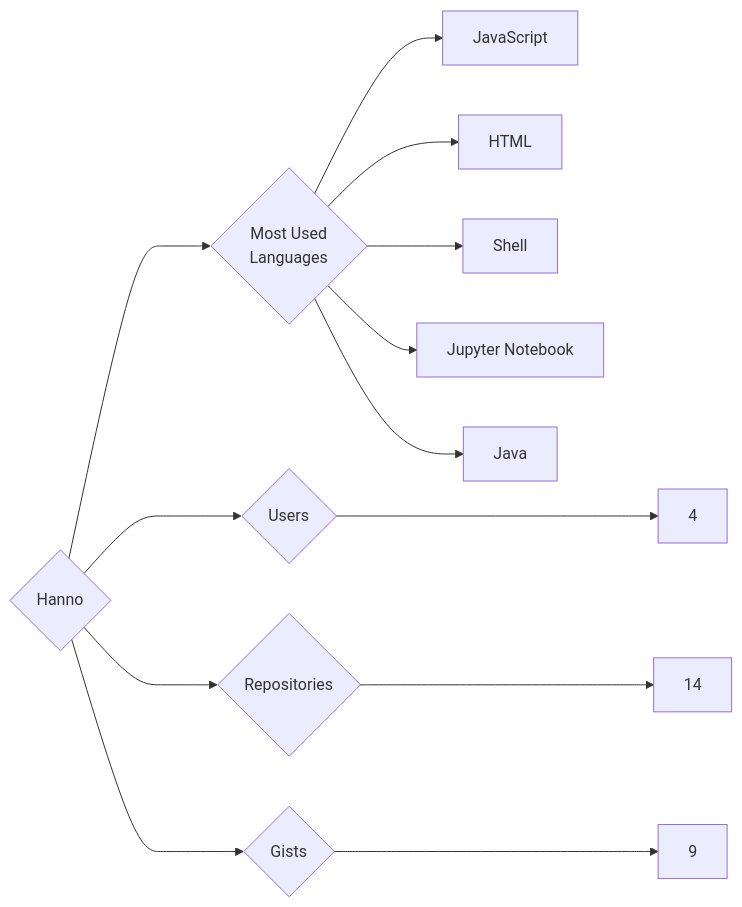
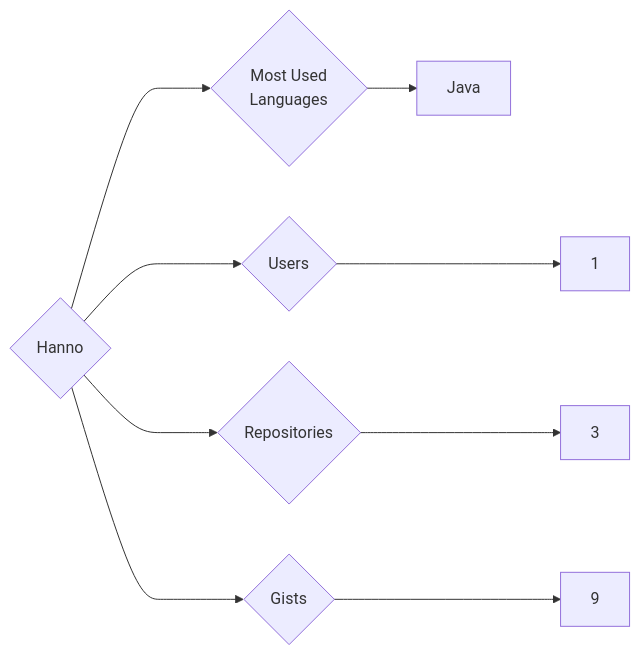
The diagram in targets/Hanno/README.md (trickest/insiders), drawn with Mermaid before and after one commit. The commit also changed 880 other files, not shown here.

````diff
--- a/targets/Hanno/README.md
+++ b/targets/Hanno/README.md
@@ -3,13 +3,9 @@
 ```mermaid
 graph LR
 COMPANY_NAME{Hanno}
-COMPANY_NAME ---> U{Users} ---> UN[4]
-COMPANY_NAME ---> R{Repositories} ---> RN[14]
+COMPANY_NAME ---> U{Users} ---> UN[1]
+COMPANY_NAME ---> R{Repositories} ---> RN[3]
 COMPANY_NAME ---> G{Gists} ---> GN[9]
 COMPANY_NAME ---> ML{Most Used<br>Languages}
-ML --> JavaScript[JavaScript]
-ML --> HTML[HTML]
-ML --> Shell[Shell]
-ML --> Jupyter_Notebook[Jupyter Notebook]
 ML --> Java[Java]
 ```
````
